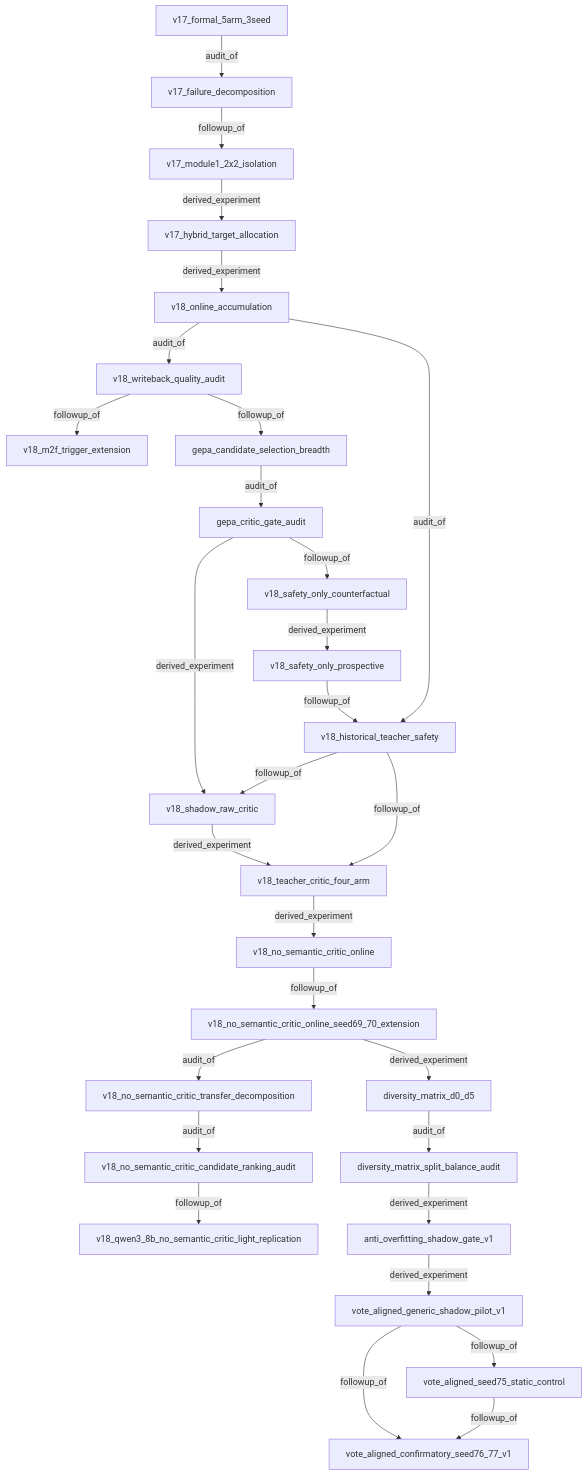
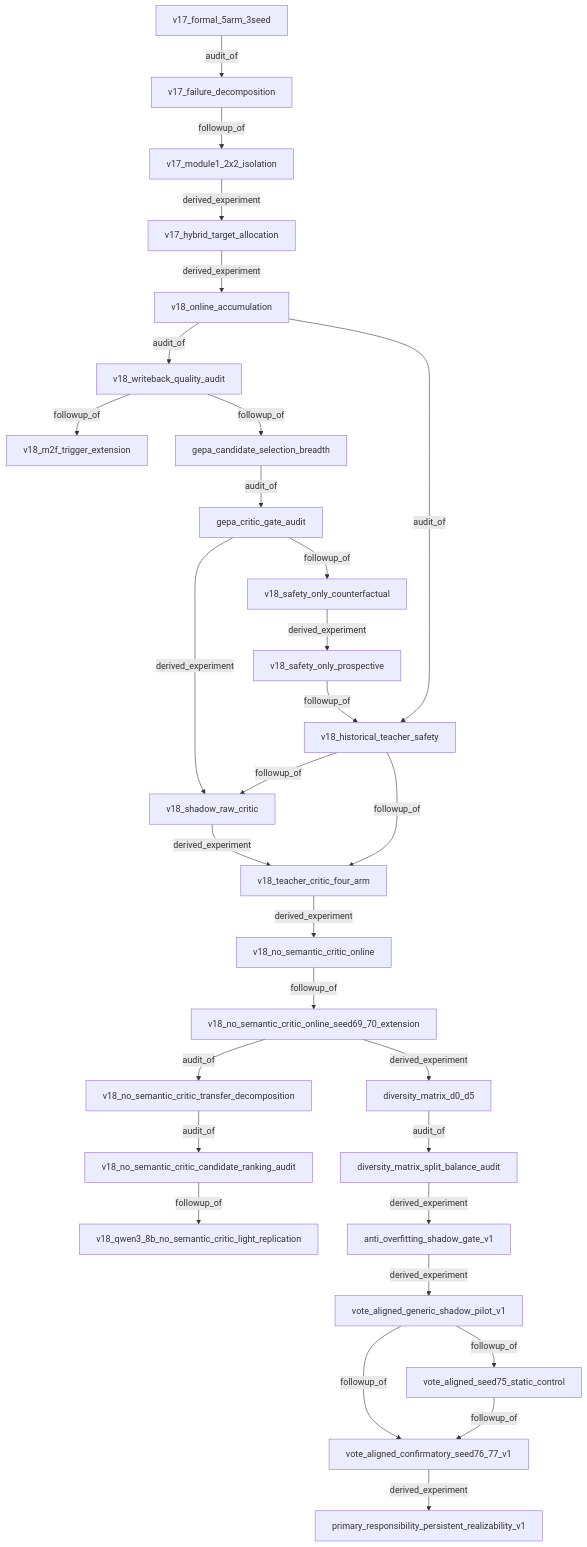
The diagram in docs/experiments/LINEAGE.md (mmmmyyyxx/multi_agent_diversity), drawn with Mermaid before and after one commit. The commit also changed other lines of this file and 22 other files, not shown here.

````diff
--- a/docs/experiments/LINEAGE.md
+++ b/docs/experiments/LINEAGE.md
@@ -5,31 +5,32 @@
 ```mermaid
 graph TD
   v17_formal_5arm_3seed["v17_formal_5arm_3seed"] -->|audit_of| v17_failure_decomposition["v17_failure_decomposition"]
   v17_failure_decomposition["v17_failure_decomposition"] -->|followup_of| v17_module1_2x2_isolation["v17_module1_2x2_isolation"]
   v17_module1_2x2_isolation["v17_module1_2x2_isolation"] -->|derived_experiment| v17_hybrid_target_allocation["v17_hybrid_target_allocation"]
   v17_hybrid_target_allocation["v17_hybrid_target_allocation"] -->|derived_experiment| v18_online_accumulation["v18_online_accumulation"]
   v18_online_accumulation["v18_online_accumulation"] -->|audit_of| v18_writeback_quality_audit["v18_writeback_quality_audit"]
   v18_writeback_quality_audit["v18_writeback_quality_audit"] -->|followup_of| v18_m2f_trigger_extension["v18_m2f_trigger_extension"]
   v18_writeback_quality_audit["v18_writeback_quality_audit"] -->|followup_of| gepa_candidate_selection_breadth["gepa_candidate_selection_breadth"]
   gepa_candidate_selection_breadth["gepa_candidate_selection_breadth"] -->|audit_of| gepa_critic_gate_audit["gepa_critic_gate_audit"]
   gepa_critic_gate_audit["gepa_critic_gate_audit"] -->|followup_of| v18_safety_only_counterfactual["v18_safety_only_counterfactual"]
   v18_safety_only_counterfactual["v18_safety_only_counterfactual"] -->|derived_experiment| v18_safety_only_prospective["v18_safety_only_prospective"]
   v18_safety_only_prospective["v18_safety_only_prospective"] -->|followup_of| v18_historical_teacher_safety["v18_historical_teacher_safety"]
   v18_online_accumulation["v18_online_accumulation"] -->|audit_of| v18_historical_teacher_safety["v18_historical_teacher_safety"]
   gepa_critic_gate_audit["gepa_critic_gate_audit"] -->|derived_experiment| v18_shadow_raw_critic["v18_shadow_raw_critic"]
   v18_historical_teacher_safety["v18_historical_teacher_safety"] -->|followup_of| v18_shadow_raw_critic["v18_shadow_raw_critic"]
   v18_shadow_raw_critic["v18_shadow_raw_critic"] -->|derived_experiment| v18_teacher_critic_four_arm["v18_teacher_critic_four_arm"]
   v18_historical_teacher_safety["v18_historical_teacher_safety"] -->|followup_of| v18_teacher_critic_four_arm["v18_teacher_critic_four_arm"]
   v18_teacher_critic_four_arm["v18_teacher_critic_four_arm"] -->|derived_experiment| v18_no_semantic_critic_online["v18_no_semantic_critic_online"]
   v18_no_semantic_critic_online["v18_no_semantic_critic_online"] -->|followup_of| v18_no_semantic_critic_online_seed69_70_extension["v18_no_semantic_critic_online_seed69_70_extension"]
   v18_no_semantic_critic_online_seed69_70_extension["v18_no_semantic_critic_online_seed69_70_extension"] -->|audit_of| v18_no_semantic_critic_transfer_decomposition["v18_no_semantic_critic_transfer_decomposition"]
   v18_no_semantic_critic_transfer_decomposition["v18_no_semantic_critic_transfer_decomposition"] -->|audit_of| v18_no_semantic_critic_candidate_ranking_audit["v18_no_semantic_critic_candidate_ranking_audit"]
   v18_no_semantic_critic_candidate_ranking_audit["v18_no_semantic_critic_candidate_ranking_audit"] -->|followup_of| v18_qwen3_8b_no_semantic_critic_light_replication["v18_qwen3_8b_no_semantic_critic_light_replication"]
   v18_no_semantic_critic_online_seed69_70_extension["v18_no_semantic_critic_online_seed69_70_extension"] -->|derived_experiment| diversity_matrix_d0_d5["diversity_matrix_d0_d5"]
   diversity_matrix_d0_d5["diversity_matrix_d0_d5"] -->|audit_of| diversity_matrix_split_balance_audit["diversity_matrix_split_balance_audit"]
   diversity_matrix_split_balance_audit["diversity_matrix_split_balance_audit"] -->|derived_experiment| anti_overfitting_shadow_gate_v1["anti_overfitting_shadow_gate_v1"]
   anti_overfitting_shadow_gate_v1["anti_overfitting_shadow_gate_v1"] -->|derived_experiment| vote_aligned_generic_shadow_pilot_v1["vote_aligned_generic_shadow_pilot_v1"]
   vote_aligned_generic_shadow_pilot_v1["vote_aligned_generic_shadow_pilot_v1"] -->|followup_of| vote_aligned_seed75_static_control["vote_aligned_seed75_static_control"]
   vote_aligned_generic_shadow_pilot_v1["vote_aligned_generic_shadow_pilot_v1"] -->|followup_of| vote_aligned_confirmatory_seed76_77_v1["vote_aligned_confirmatory_seed76_77_v1"]
   vote_aligned_seed75_static_control["vote_aligned_seed75_static_control"] -->|followup_of| vote_aligned_confirmatory_seed76_77_v1["vote_aligned_confirmatory_seed76_77_v1"]
+  vote_aligned_confirmatory_seed76_77_v1["vote_aligned_confirmatory_seed76_77_v1"] -->|derived_experiment| primary_responsibility_persistent_realizability_v1["primary_responsibility_persistent_realizability_v1"]
 ```
````
